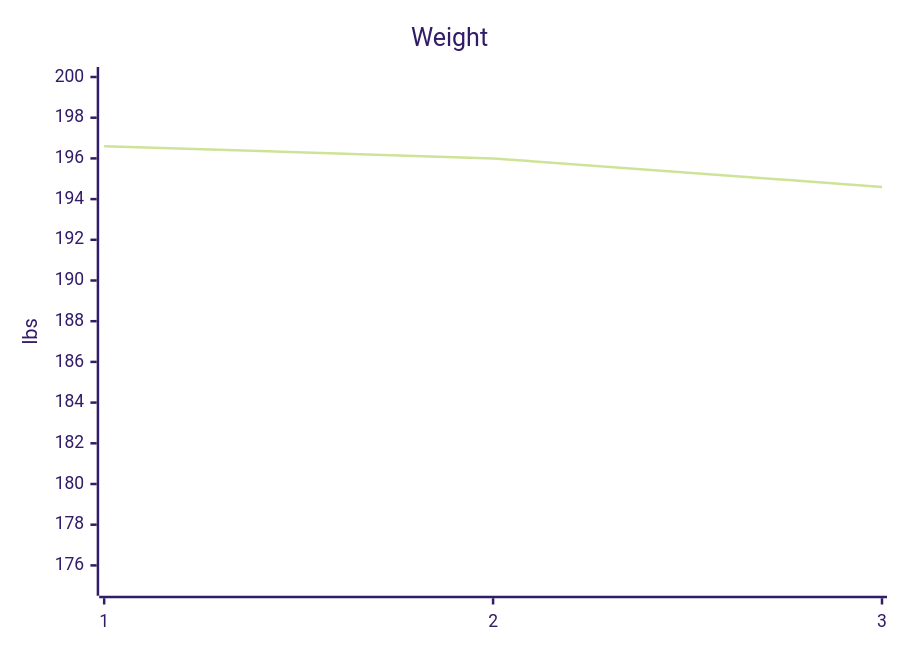
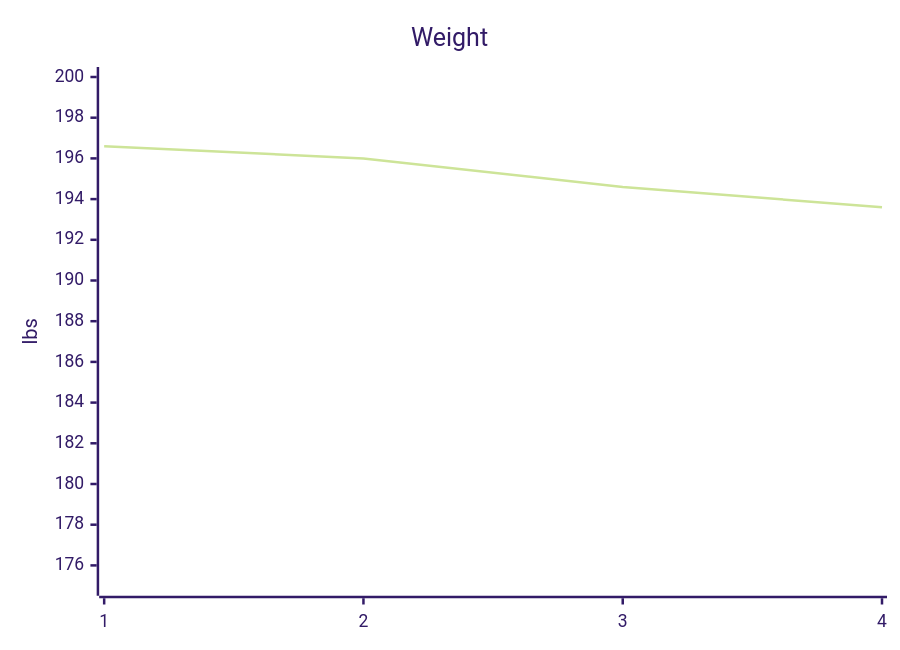
The diagram in all_collections/_personal/goals.md (stevenelson35/stevenelson35.github.io), drawn with Mermaid (forest theme) before and after one commit.

```diff
--- a/all_collections/_personal/goals.md
+++ b/all_collections/_personal/goals.md
@@ -11,7 +11,7 @@
 <pre class="mermaid" >
   xychart-beta
     title "Weight" 
-    x-axis [1, 2, 3] 
+    x-axis [1, 2, 3, 4] 
     y-axis "lbs" 175 --> 200
-    line [196.6, 196.0, 194.6]
+    line [196.6, 196.0, 194.6, 193.6]
 </pre>
```
